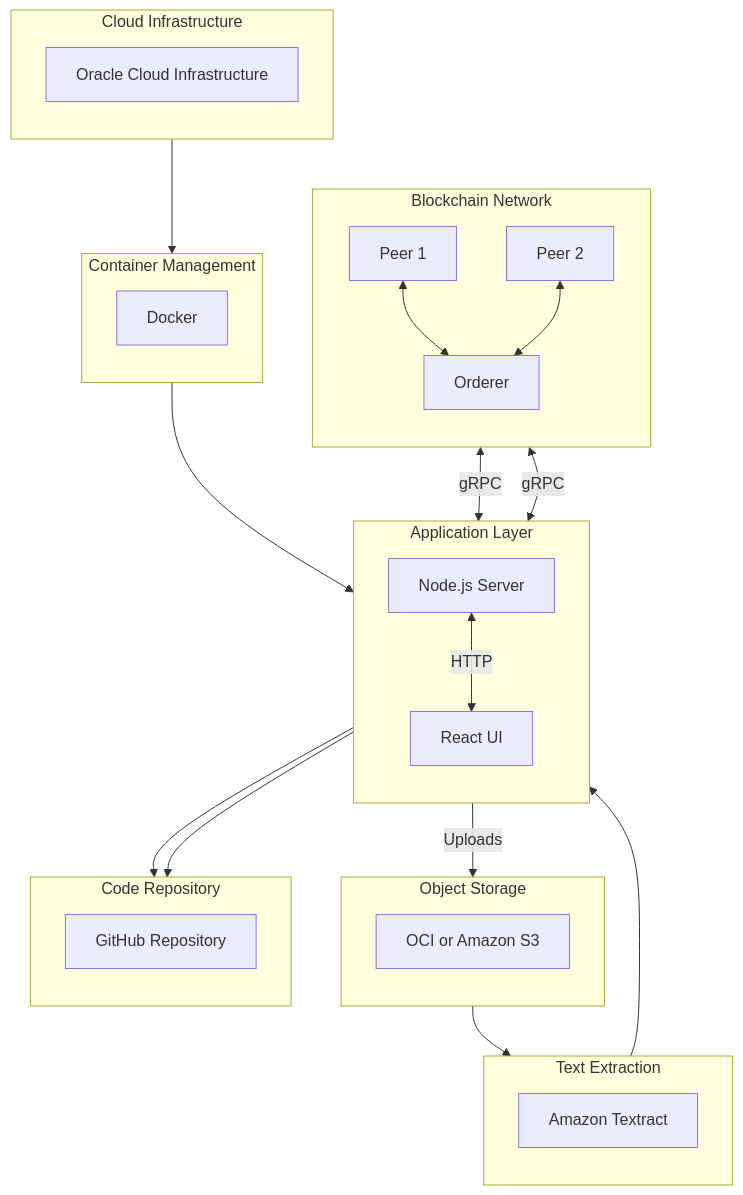
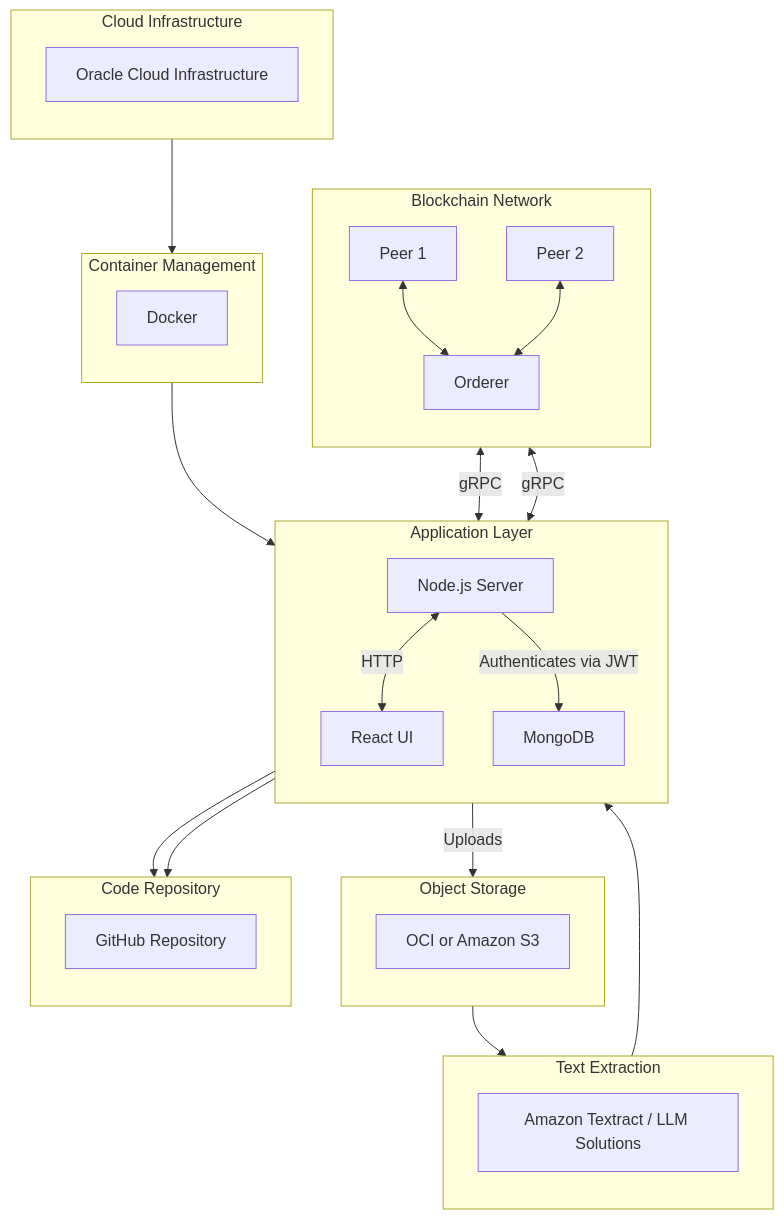
One commit to Insurmate-app/Insurmate changed the diagram in README.md. Above: the diagram before and after it, drawn with Mermaid. The commit also changed other lines of this file, not shown here.

Commit message:
Updated Tech Design Diagram

````diff
--- a/README.md
+++ b/README.md
@@ -49,54 +15,56 @@
 ```mermaid
- graph TB;
+graph TB;
 
     subgraph Blockchain Network
         direction TB
         Peer1[Peer 1]
         Peer2[Peer 2]
         Orderer[Orderer]
         Peer1 <--> Orderer
         Peer2 <--> Orderer
     end
 
     subgraph Application Layer
         direction TB
         NodeJS[Node.js Server]
         React[React UI]
+        MongoDB[MongoDB]
         NodeJS <-->|HTTP| React
+        NodeJS -->|Authenticates via JWT| MongoDB
     end
 
     subgraph Object Storage
         direction TB
         Storage[OCI or Amazon S3]
     end
 
     subgraph Text Extraction
         direction TB
-        Textract[Amazon Textract]
+        Textract[Amazon Textract / LLM Solutions]
     end
 
     subgraph Cloud Infrastructure
         direction TB
         OCI[Oracle Cloud Infrastructure]
     end
 
     subgraph Container Management
         direction TB
         Docker[Docker]
     end
 
     subgraph Code Repository
         direction TB
         GitHub[GitHub Repository]
     end
 
     Peer1 <-->|gRPC| NodeJS
     Peer2 <-->|gRPC| NodeJS
     React -->|Uploads| Storage
     Storage --> Textract
     Textract --> NodeJS
     OCI --> Docker
     Docker --> NodeJS
     NodeJS --> GitHub
     React --> GitHub
 ```
````
